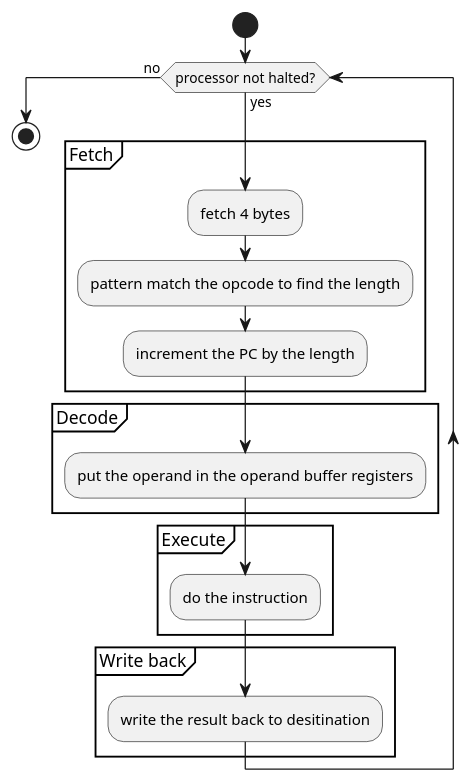
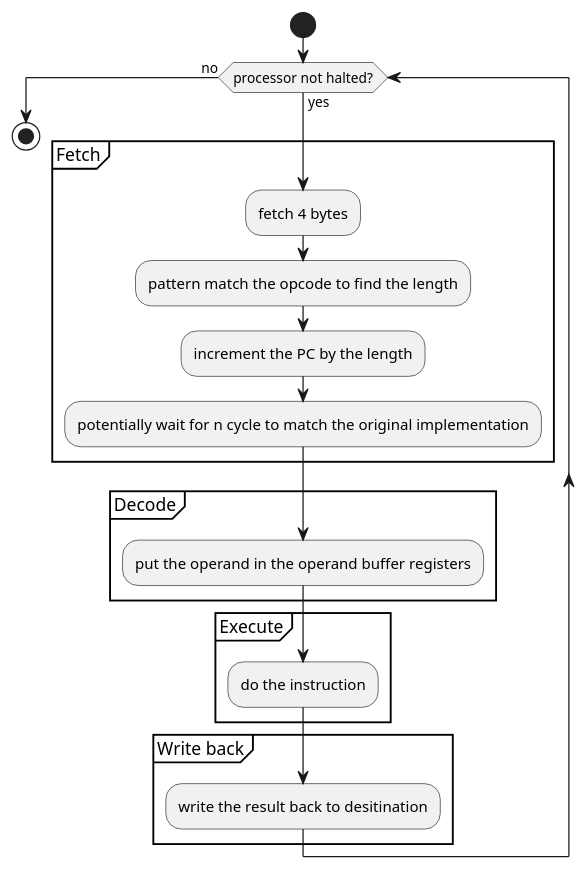
The diagram in src/implementation/instruction-flow.puml (waridh/capstone-diagrams), drawn with PlantUML before and after one commit.

Commit message:
more blocks

```diff
--- a/src/implementation/instruction-flow.puml
+++ b/src/implementation/instruction-flow.puml
@@ -1,20 +1,21 @@
 @startuml
 start
 while (processor not halted?) is (yes)
 partition Fetch {
         :fetch 4 bytes;
         :pattern match the opcode to find the length;
         :increment the PC by the length;
+        :potentially wait for n cycle to match the original implementation;
 }
 partition Decode {
         :put the operand in the operand buffer registers;
 }
 partition Execute {
         :do the instruction;
 }
 partition "Write back" {
         :write the result back to desitination;
 }
 endwhile (no)
 stop
 @enduml
```
